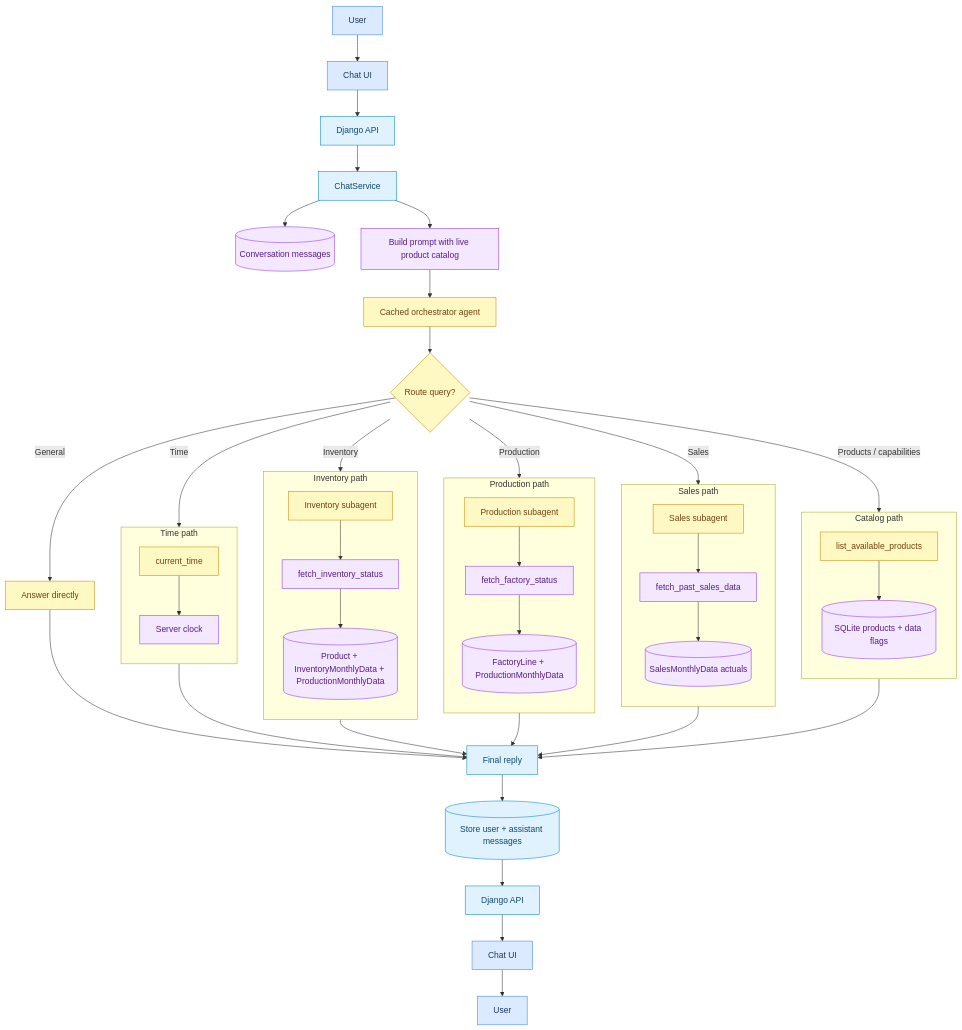
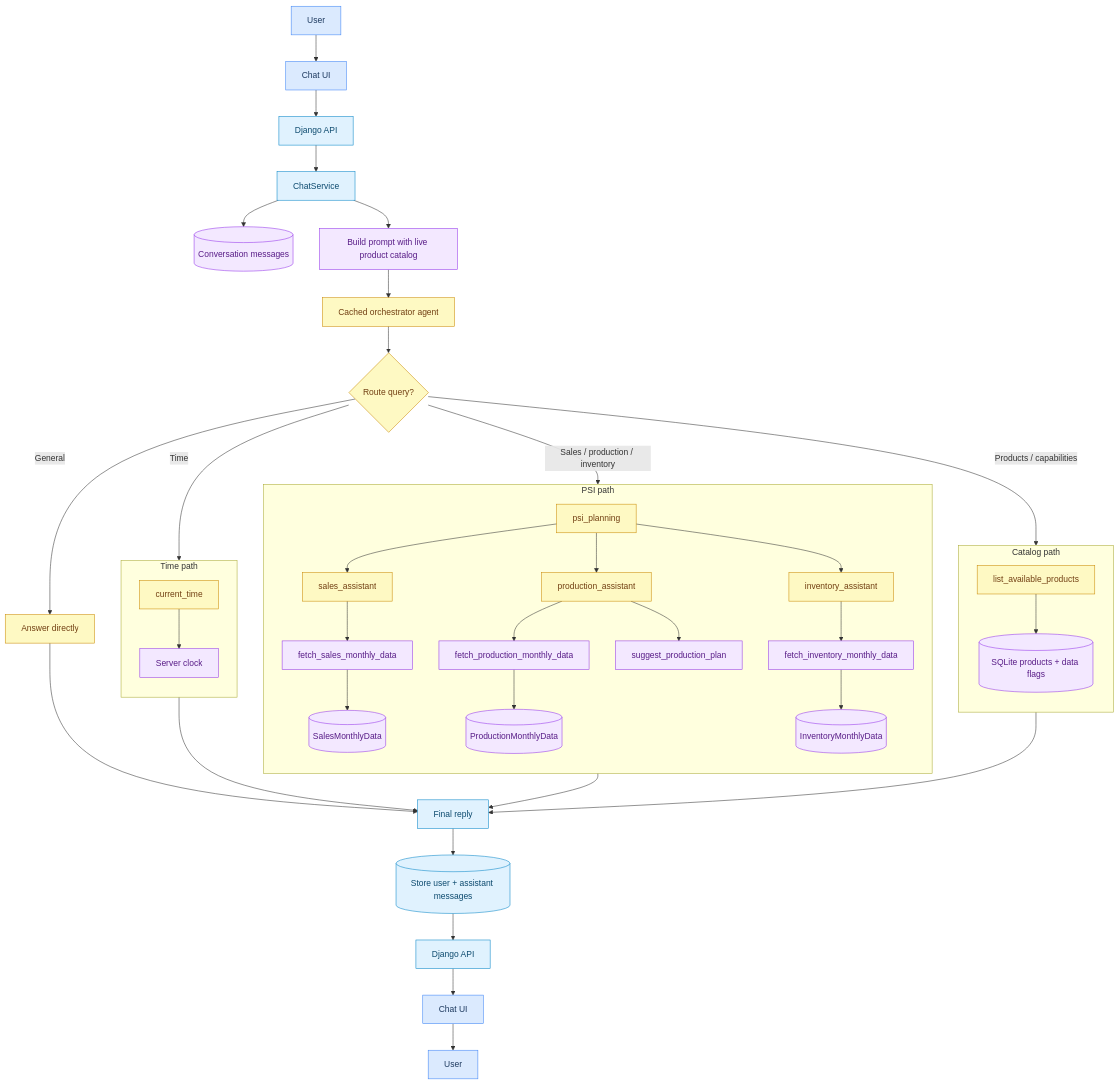
Before and after one commit to kskdmn/strands-test: the diagram in README.md, drawn with Mermaid. The commit also changed other lines of this file and 9 other files, not shown here.

Commit message:
Add new psi_planning tool

````diff
--- a/README.md
+++ b/README.md
@@ -17,65 +21,57 @@
 ```mermaid
 flowchart TB
     User[User] --> UI[Chat UI]
     UI --> API[Django API]
     API --> Service[ChatService]
     Service --> History[(Conversation messages)]
     Service --> Prompt[Build prompt with live product catalog]
     Prompt --> Orch[Cached orchestrator agent]
     Orch --> Route{Route query?}
 
     Route -->|General| Direct[Answer directly]
 
     subgraph CatalogPath["Catalog path"]
         direction TB
         CP[list_available_products] --> CDB[(SQLite products + data flags)]
     end
 
-    subgraph SalesPath["Sales path"]
+    subgraph PSIPath["PSI path"]
         direction TB
-        SA[Sales subagent] --> ST[fetch_past_sales_data] --> SDB[(SalesMonthlyData actuals)]
-    end
-
-    subgraph ProdPath["Production path"]
-        direction TB
-        PA[Production subagent] --> PT[fetch_factory_status] --> PDB[(FactoryLine + ProductionMonthlyData)]
-    end
-
-    subgraph InvPath["Inventory path"]
-        direction TB
-        IA[Inventory subagent] --> IT[fetch_inventory_status] --> IDB[(Product + InventoryMonthlyData + ProductionMonthlyData)]
+        PSI[psi_planning] --> SA[sales_assistant]
+        PSI --> PA[production_assistant]
+        PSI --> IA[inventory_assistant]
+        SA --> ST[fetch_sales_monthly_data] --> SDB[(SalesMonthlyData)]
+        PA --> PT[fetch_production_monthly_data] --> PDB[(ProductionMonthlyData)]
+        PA --> SP[suggest_production_plan]
+        IA --> IT[fetch_inventory_monthly_data] --> IDB[(InventoryMonthlyData)]
     end
 
     subgraph TimePath["Time path"]
         direction TB
         CT[current_time] --> Clock[Server clock]
     end
 
     Route -->|Products / capabilities| CP
-    Route -->|Sales| SA
-    Route -->|Production| PA
-    Route -->|Inventory| IA
+    Route -->|Sales / production / inventory| PSI
     Route -->|Time| CT
 
     Direct --> Reply[Final reply]
     CP --> Reply
-    SA --> Reply
-    PA --> Reply
-    IA --> Reply
+    PSI --> Reply
     CT --> Reply
 
     Reply --> Save[(Store user + assistant messages)]
     Save --> RespAPI[Django API]
     RespAPI --> RespUI[Chat UI]
     RespUI --> UserOut[User]
 
     classDef client fill:#dbeafe,stroke:#3b82f6,color:#1e3a5f
     classDef server fill:#e0f2fe,stroke:#0284c7,color:#0c4a6e
     classDef agent fill:#fef9c3,stroke:#ca8a04,color:#713f12
     classDef data fill:#f3e8ff,stroke:#9333ea,color:#581c87
 
     class User,UI,RespUI,UserOut client
     class API,Service,RespAPI,Reply,Save server
-    class Orch,Route,Direct,SA,PA,IA,CT,CP agent
-    class ST,PT,IT,SDB,PDB,IDB,CDB,Clock,History,Prompt data
+    class Orch,Route,Direct,PSI,SA,PA,IA,CT,CP agent
+    class ST,PT,IT,SP,SDB,PDB,IDB,CDB,Clock,History,Prompt data
 ```
````
